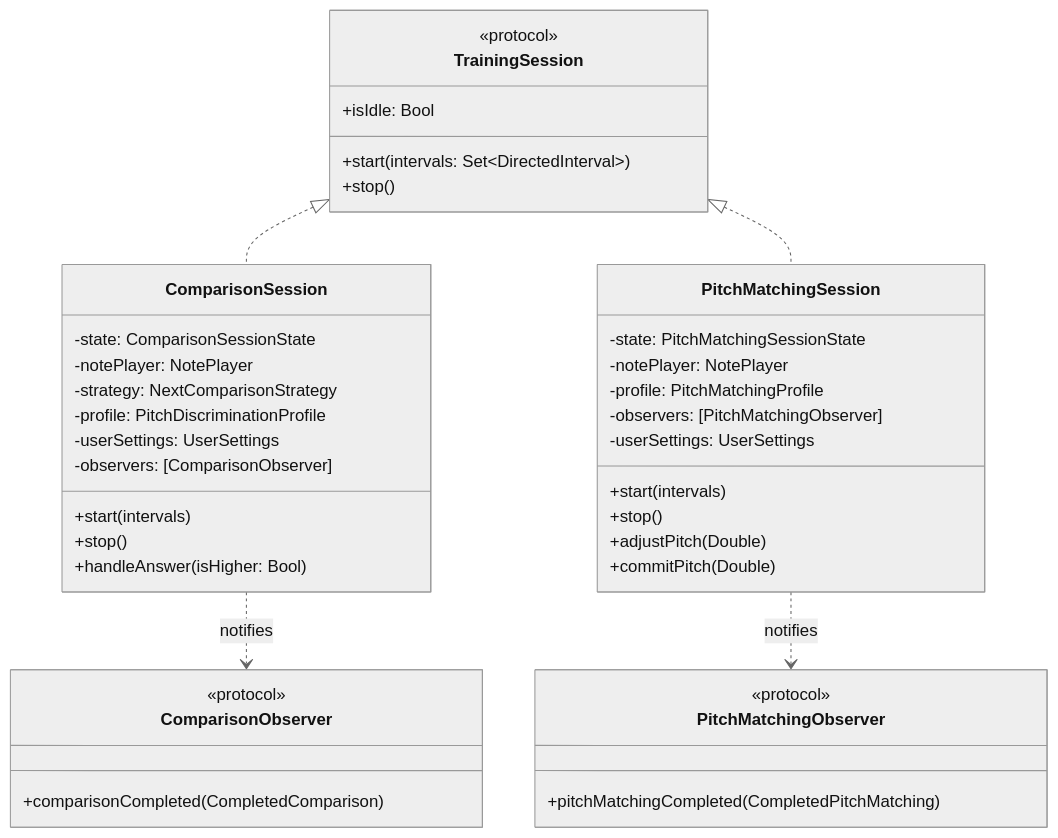
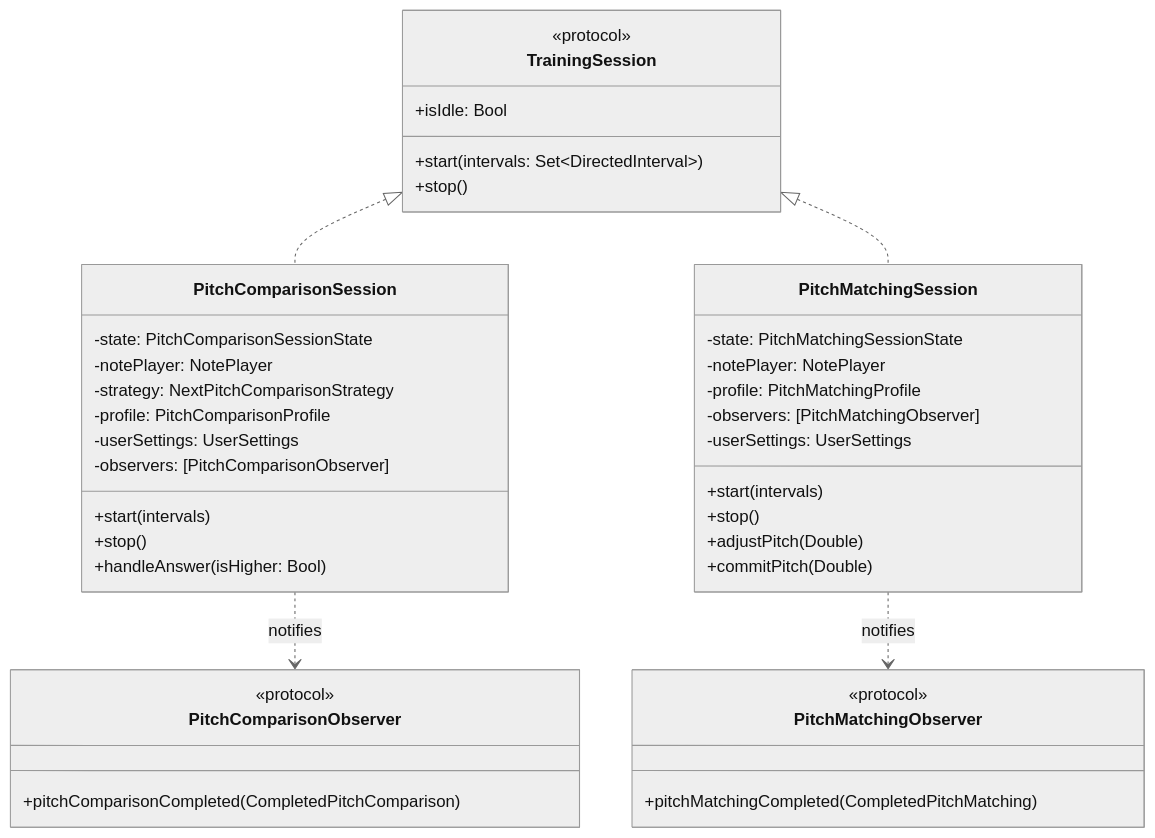
One commit to mschuerig/peach changed the third of 4 diagrams in docs/arc42/05-building-block-view.md. Above: the diagram before and after it, drawn with Mermaid (neutral theme). The commit also changed other lines of this file and 120 other files, not shown here.

First line of the commit message:
Rename Comparison to PitchComparison across entire codebase

````diff
--- a/docs/arc42/05-building-block-view.md
+++ b/docs/arc42/05-building-block-view.md
@@ -136,48 +136,48 @@
 ```mermaid
 classDiagram
     class TrainingSession {
         <<protocol>>
         +start(intervals: Set~DirectedInterval~)
         +stop()
         +isIdle: Bool
     }
 
-    class ComparisonSession {
-        -state: ComparisonSessionState
+    class PitchComparisonSession {
+        -state: PitchComparisonSessionState
         -notePlayer: NotePlayer
-        -strategy: NextComparisonStrategy
-        -profile: PitchDiscriminationProfile
+        -strategy: NextPitchComparisonStrategy
+        -profile: PitchComparisonProfile
         -userSettings: UserSettings
-        -observers: [ComparisonObserver]
+        -observers: [PitchComparisonObserver]
         +start(intervals)
         +stop()
         +handleAnswer(isHigher: Bool)
     }
 
     class PitchMatchingSession {
         -state: PitchMatchingSessionState
         -notePlayer: NotePlayer
         -profile: PitchMatchingProfile
         -observers: [PitchMatchingObserver]
         -userSettings: UserSettings
         +start(intervals)
         +stop()
         +adjustPitch(Double)
         +commitPitch(Double)
     }
 
-    class ComparisonObserver {
+    class PitchComparisonObserver {
         <<protocol>>
-        +comparisonCompleted(CompletedComparison)
+        +pitchComparisonCompleted(CompletedPitchComparison)
     }
 
     class PitchMatchingObserver {
         <<protocol>>
         +pitchMatchingCompleted(CompletedPitchMatching)
     }
 
-    TrainingSession <|.. ComparisonSession
+    TrainingSession <|.. PitchComparisonSession
     TrainingSession <|.. PitchMatchingSession
-    ComparisonSession ..> ComparisonObserver : notifies
+    PitchComparisonSession ..> PitchComparisonObserver : notifies
     PitchMatchingSession ..> PitchMatchingObserver : notifies
 ```
````
